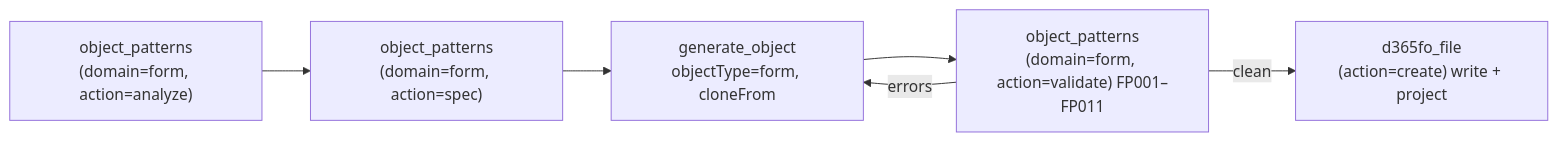
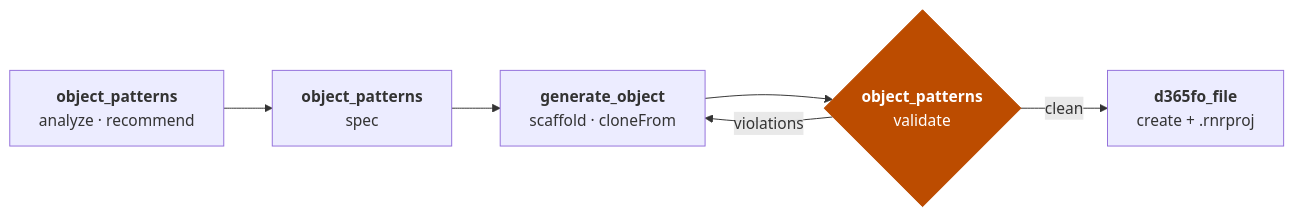
One commit to dynamics365ninja/d365fo-mcp-server changed the second of 4 diagrams in README.md. Above: the diagram before and after it, drawn with Mermaid. The commit also changed other lines of this file and 24 other files, not shown here.

First line of the commit message:
docs: rework README and docs layout, redraw broken diagrams

````diff
--- a/README.md
+++ b/README.md
@@ -65,8 +105,11 @@
 ```mermaid
 flowchart LR
-    A["object_patterns<br/>(domain=form, action=analyze)"] --> B["object_patterns<br/>(domain=form, action=spec)"]
-    B --> C["generate_object<br/>objectType=form, cloneFrom"]
-    C --> D["object_patterns<br/>(domain=form, action=validate) FP001–FP011"]
-    D -->|clean| E["d365fo_file<br/>(action=create) write + project"]
-    D -->|errors| C
+    A["<b>object_patterns</b><br/>analyze · recommend"] --> B["<b>object_patterns</b><br/>spec"]
+    B --> C["<b>generate_object</b><br/>scaffold · cloneFrom"]
+    C --> D{"<b>object_patterns</b><br/>validate"}
+    D -- "violations" --> C
+    D -- "clean" --> E["<b>d365fo_file</b><br/>create + .rnrproj"]
+
+    classDef gate fill:#bc4c00,stroke:#bc4c00,color:#ffffff
+    class D gate
 ```
````
